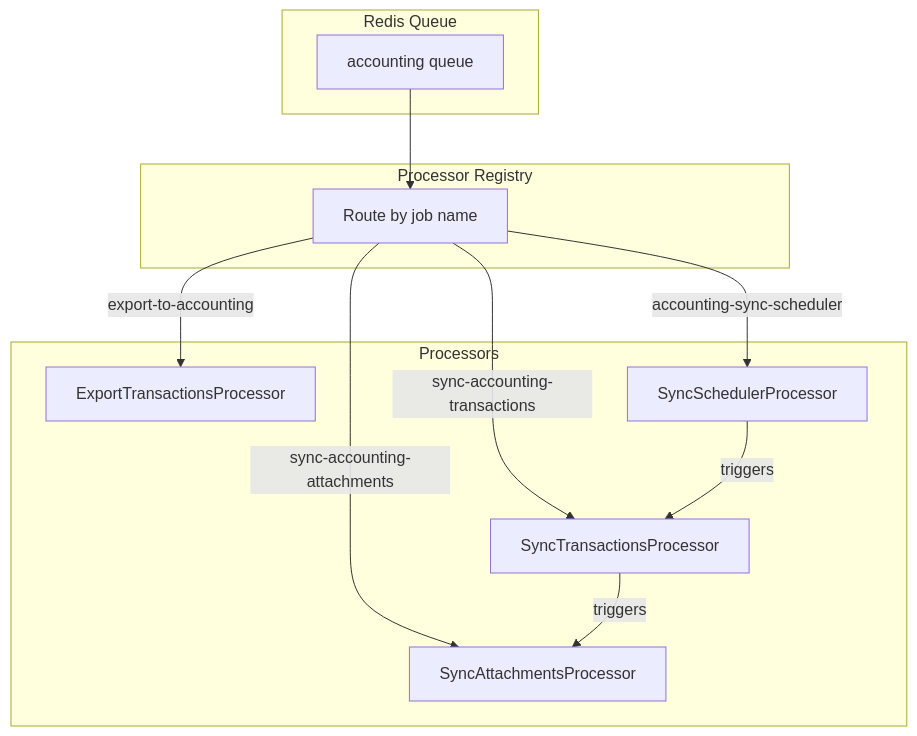
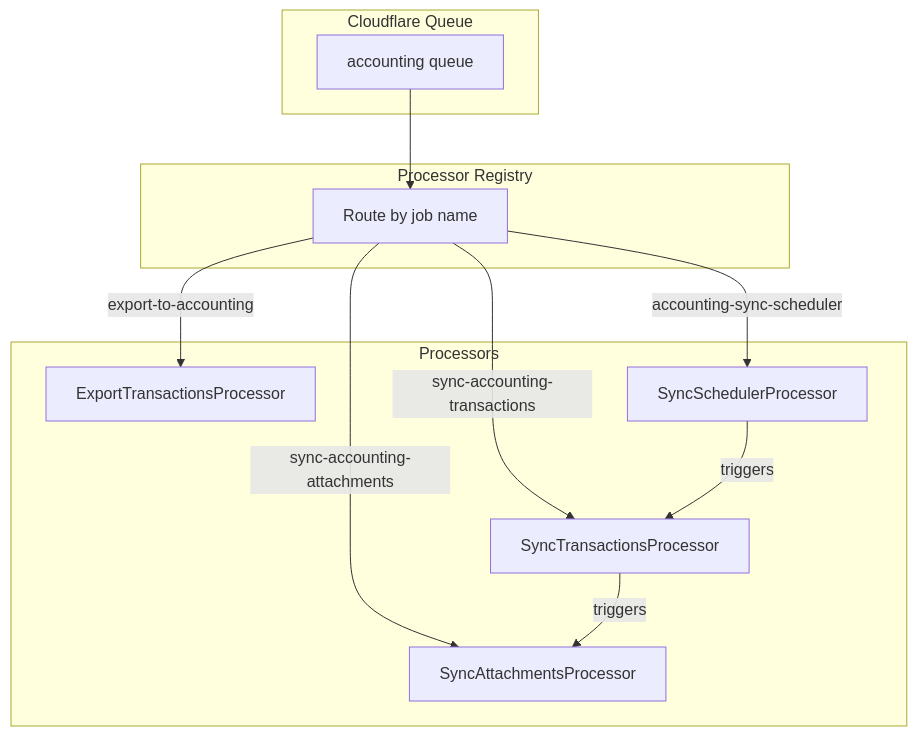
The second of 14 diagrams in packages/accounting/ARCHITECTURE.md (fightingentropy/tamias), drawn with Mermaid before and after one commit. The commit also changed other lines of this file and 168 other files, not shown here.

Commit message:
Remove stale package exports and break architecture cycles

````diff
--- a/packages/accounting/ARCHITECTURE.md
+++ b/packages/accounting/ARCHITECTURE.md
@@ -48,26 +48,26 @@
 ```mermaid
 flowchart TB
-    subgraph Redis["Redis Queue"]
+    subgraph AsyncQueue["Cloudflare Queue"]
         Q[accounting queue]
     end
 
     subgraph Registry["Processor Registry"]
         R[Route by job name]
     end
 
     subgraph Processors["Processors"]
         P1[SyncTransactionsProcessor]
         P2[SyncAttachmentsProcessor]
         P3[ExportTransactionsProcessor]
         P4[SyncSchedulerProcessor]
     end
 
     Q --> R
     R -->|sync-accounting-transactions| P1
     R -->|sync-accounting-attachments| P2
     R -->|export-to-accounting| P3
     R -->|accounting-sync-scheduler| P4
 
     P1 --> |triggers| P2
     P4 --> |triggers| P1
 ```
````
